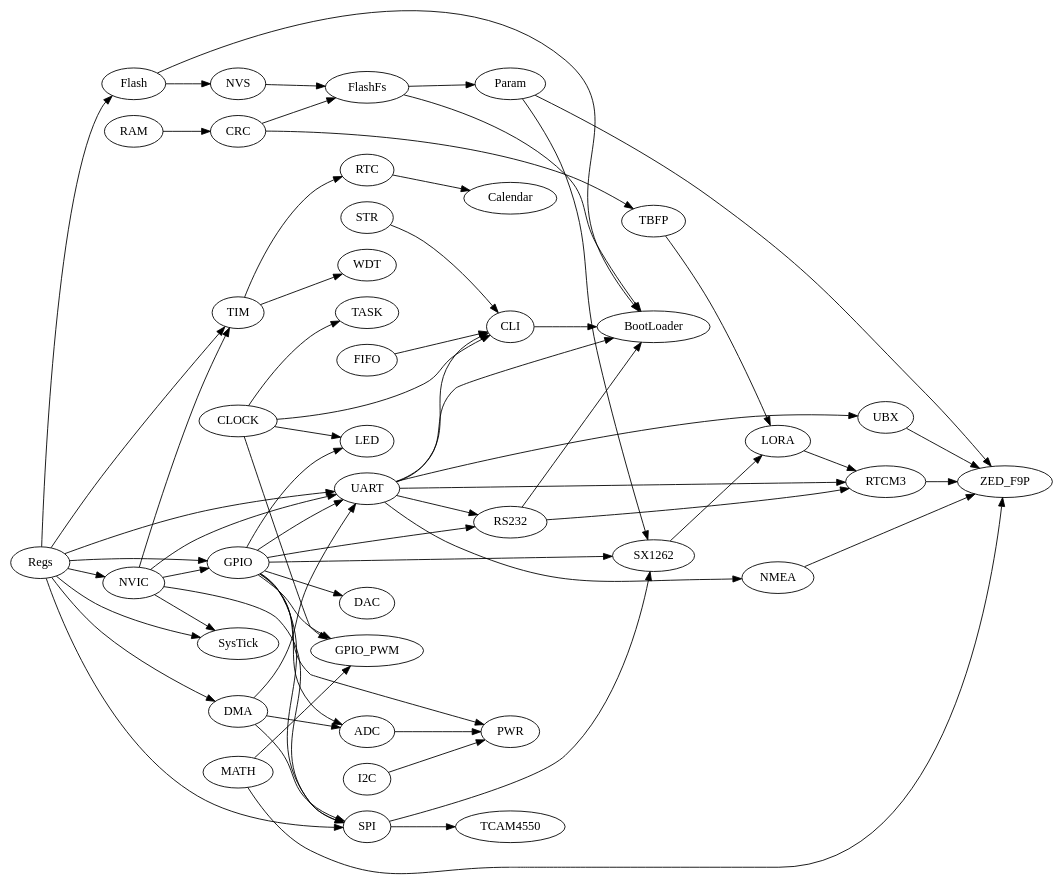
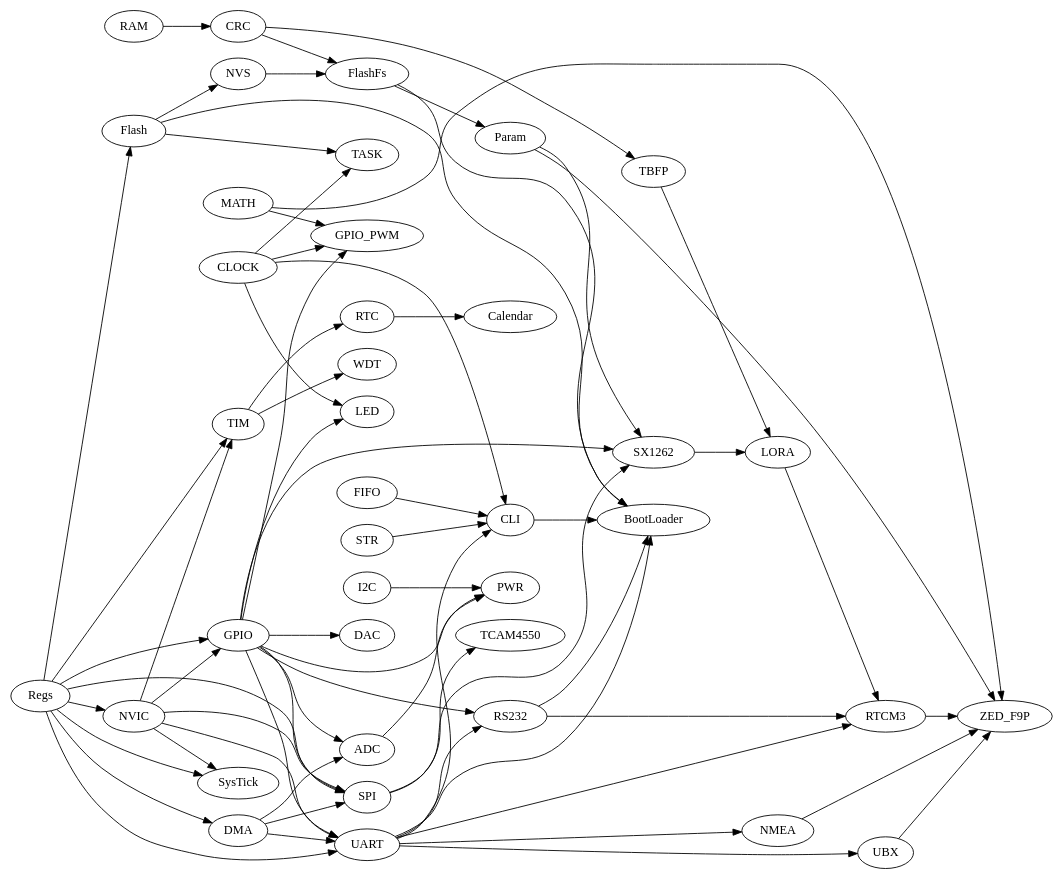
The diagram in docs/dependencies.dot (aabzel/ti_mcu_code_base), drawn with Graphviz before and after one commit.

```diff
--- a/docs/dependencies.dot
+++ b/docs/dependencies.dot
@@ -1,68 +1,69 @@
 digraph graphname {
     rankdir=LR;
     CLOCK->CLI;
     CLOCK->GPIO_PWM
     CLOCK->LED;
     CLOCK->TASK;
+    Flash->TASK;
     CRC->FlashFs;
     CRC -> TBFP;
     DMA->SPI;
     DMA->UART;
     DMA->ADC;
     FIFO->CLI;
     Flash->NVS;
     FlashFs->Param;
     GPIO->SPI;
     GPIO->UART;
     GPIO->ADC;
     GPIO->DAC;
     GPIO->GPIO_PWM;
     GPIO->LED;
     GPIO->PWR;
 	ADC->PWR;
     GPIO->RS232;
     GPIO->SX1262;
     I2C->PWR;
     LORA->RTCM3;
     MATH->GPIO_PWM;
     MATH->ZED_F9P;
     NMEA->ZED_F9P;
     NVIC->SPI;
     NVIC->UART;
     NVIC->SysTick;
     NVIC->TIM;
     NVIC->GPIO;
     NVS->FlashFs;
     Param->SX1262;
     Param->ZED_F9P;
     RAM->CRC;
     RS232->RTCM3;
     RTC->Calendar;
     RTCM3->ZED_F9P;
     Regs->SPI;
     Regs->UART;
     Regs->DMA;
     Regs->Flash;
     Regs->GPIO;
     Regs->NVIC;
     Regs->SysTick;
     Regs->TIM;
     SPI->SX1262;
     SPI->TCAM4550;
     STR->CLI;
     SX1262->LORA;
     TBFP->LORA;
     TIM->RTC;
     TIM->WDT;
     Flash->BootLoader;
     UART->BootLoader;
     FlashFs->BootLoader;
     CLI->BootLoader;
     RS232->BootLoader;
     UART->CLI;
     UART->NMEA;
     UART->RS232;
     UART->RTCM3;
     UART->UBX;
     UBX->ZED_F9P;
 }
```
